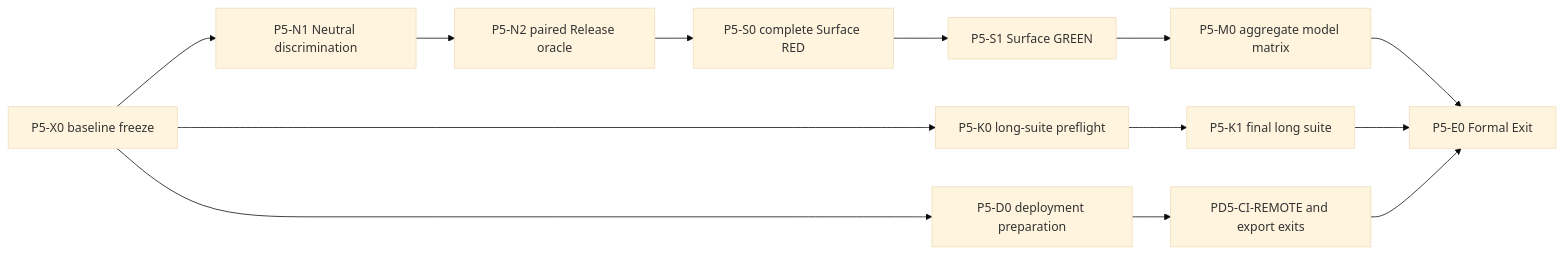
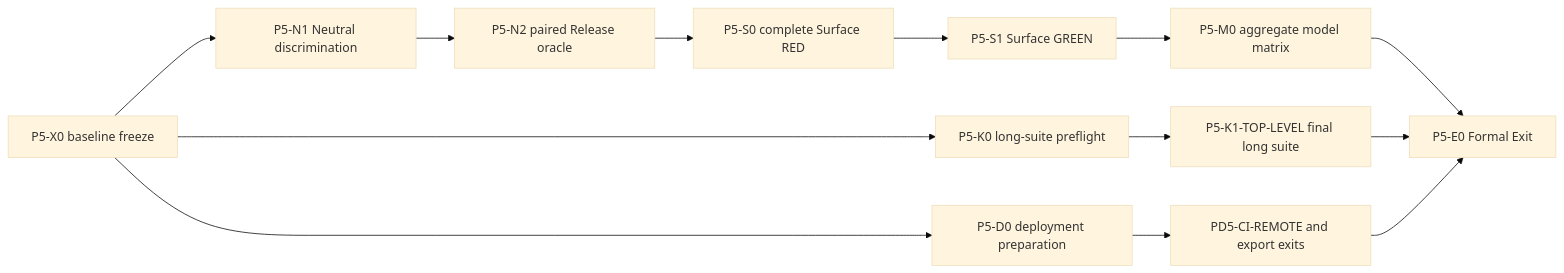
Before and after one commit to sea-monsters/ViennaPS: the diagram in docs/design/p5-formal-exit-execution-plan.md, drawn with Mermaid (base theme). The commit also changed other lines of this file and 48 other files, not shown here.

First line of the commit message:
P5-K1-TOP-LEVEL DONE-LOCAL: 94/94 serial suite green

````diff
--- a/docs/design/p5-formal-exit-execution-plan.md
+++ b/docs/design/p5-formal-exit-execution-plan.md
@@ -94,17 +94,17 @@
 ```mermaid
 flowchart LR
   X0["P5-X0 baseline freeze"] --> N1["P5-N1 Neutral discrimination"]
   N1 --> N2["P5-N2 paired Release oracle"]
   N2 --> S0["P5-S0 complete Surface RED"]
   S0 --> S1["P5-S1 Surface GREEN"]
   S1 --> M0["P5-M0 aggregate model matrix"]
   M0 --> E0["P5-E0 Formal Exit"]
 
   X0 --> K0["P5-K0 long-suite preflight"]
-  K0 --> K1["P5-K1 final long suite"]
+  K0 --> K1["P5-K1-TOP-LEVEL final long suite"]
   K1 --> E0
 
   X0 --> D0["P5-D0 deployment preparation"]
   D0 --> D1["PD5-CI-REMOTE and export exits"]
   D1 --> E0
 ```
````
